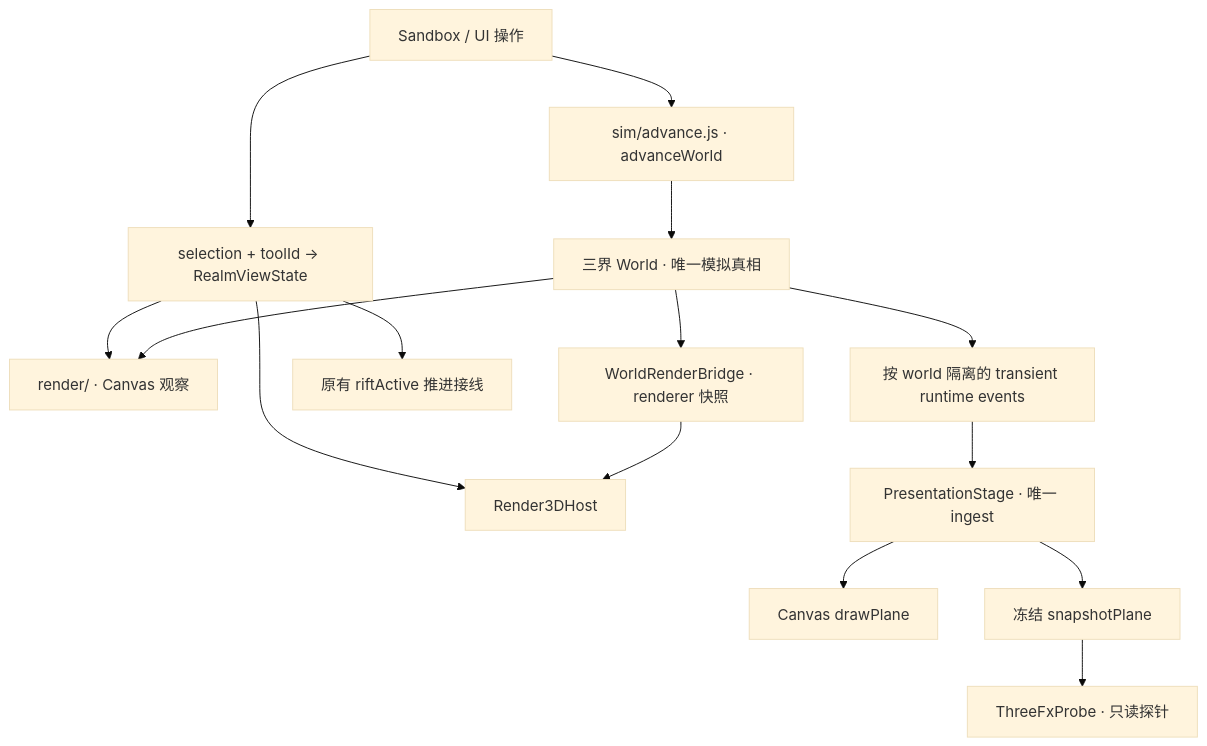
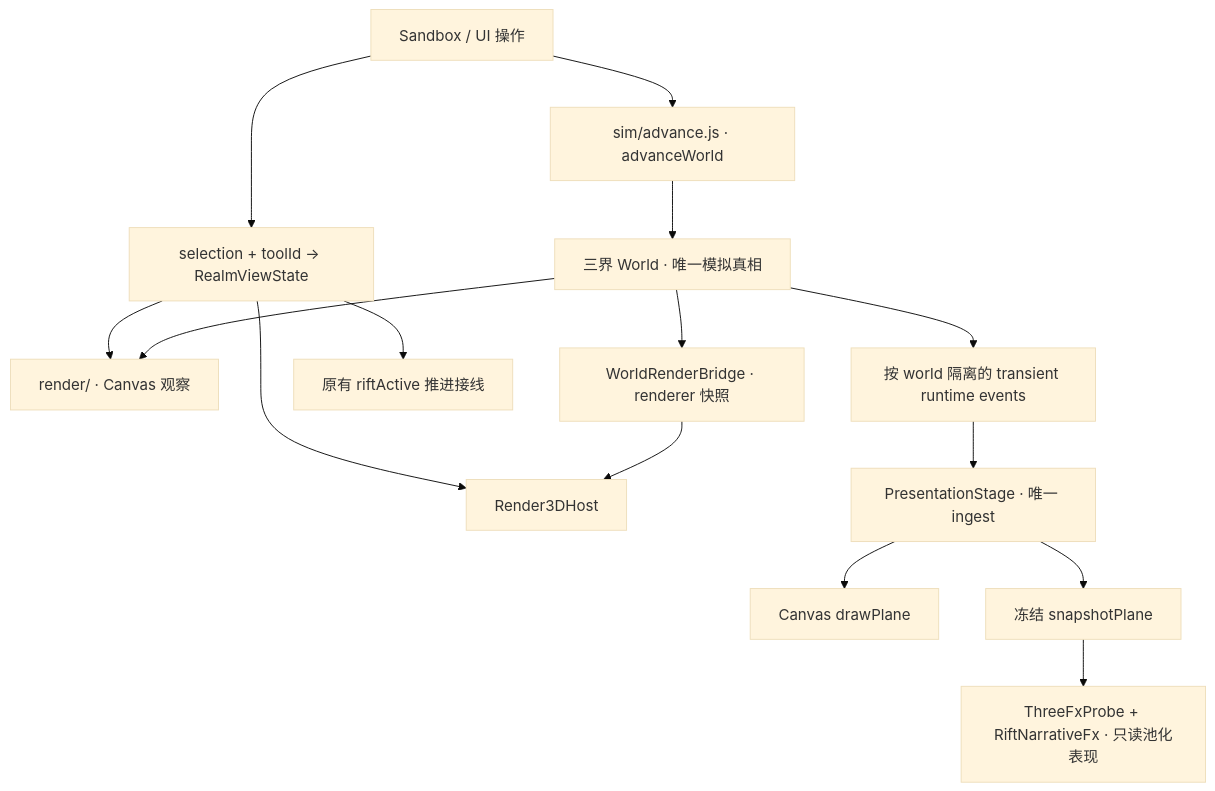
One commit to sjh20016/inkbox changed the diagram in ARCHITECTURE.md. Above: the diagram before and after it, drawn with Mermaid (base theme). The commit also changed other lines of this file and 19 other files, not shown here.

````diff
--- a/ARCHITECTURE.md
+++ b/ARCHITECTURE.md
@@ -37,17 +40,17 @@
 ```mermaid
 flowchart TD
   UI[Sandbox / UI 操作] --> Advance[sim/advance.js · advanceWorld]
   Advance --> World[三界 World · 唯一模拟真相]
   World --> Canvas[render/ · Canvas 观察]
   World --> Bridge[WorldRenderBridge · renderer 快照]
   Bridge --> Host[Render3DHost]
   UI --> State[selection + toolId → RealmViewState]
   State --> Canvas
   State --> Host
   State --> Rift[原有 riftActive 推进接线]
   World --> Events[按 world 隔离的 transient runtime events]
   Events --> Presentation[PresentationStage · 唯一 ingest]
   Presentation --> CanvasFX[Canvas drawPlane]
   Presentation --> Snapshot[冻结 snapshotPlane]
-  Snapshot --> ThreeFX[ThreeFxProbe · 只读探针]
+  Snapshot --> ThreeFX[ThreeFxProbe + RiftNarrativeFx · 只读池化表现]
 ```
````
